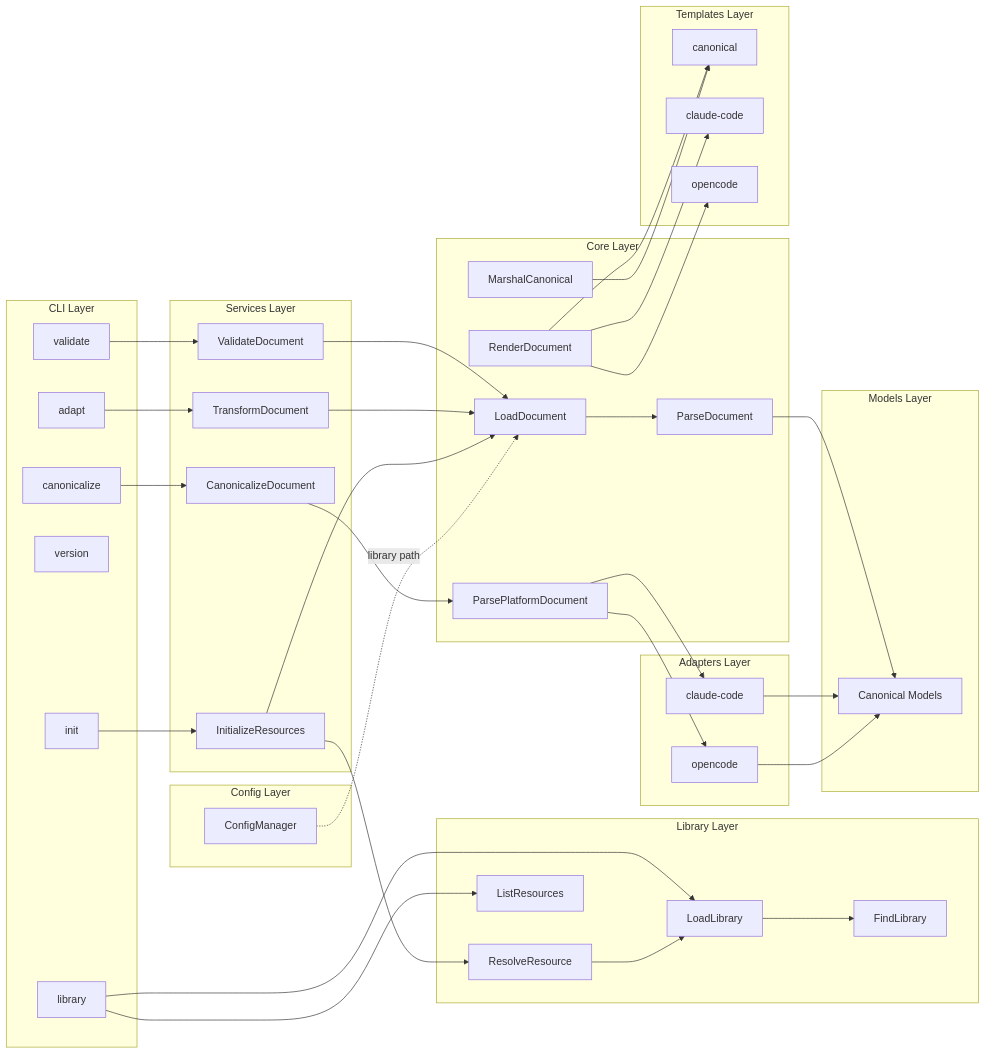
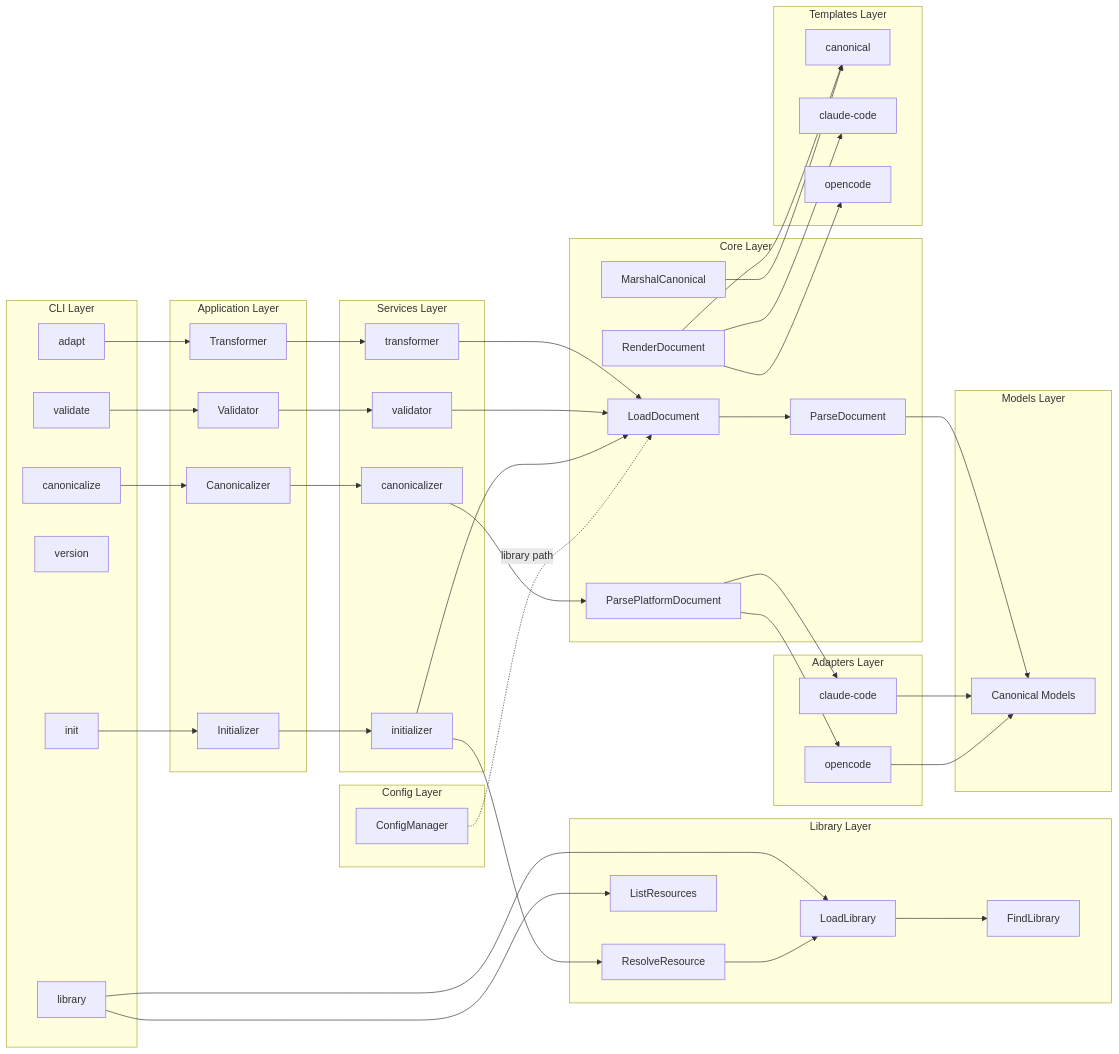
Before and after one commit to amauryconstant/germinator: the first of 2 diagrams in AGENTS.md, drawn with Mermaid. The commit also changed other lines of this file and 4 other files, not shown here.

First line of the commit message:
Document application layer and service interfaces

```diff
--- a/AGENTS.md
+++ b/AGENTS.md
@@ -15,11 +15,18 @@
         I[init]
     end
 
+    subgraph APP[Application Layer]
+        IT[Transformer]
+        IV[Validator]
+        IC[Canonicalizer]
+        II[Initializer]
+    end
+
     subgraph SVC[Services Layer]
-        SV[ValidateDocument]
-        ST[TransformDocument]
-        SC[CanonicalizeDocument]
-        IN[InitializeResources]
+        ST[transformer]
+        SV[validator]
+        SC[canonicalizer]
+        IN[initializer]
     end
 
     subgraph LIB[Library Layer]
@@ -56,14 +63,18 @@
         TOC[opencode]
     end
 
-    V --> SV
-    A --> ST
-    C --> SC
-    I --> IN
+    V --> IV
+    A --> IT
+    C --> IC
+    I --> II
     L --> LL
     L --> LS
+    IT --> ST
+    IV --> SV
+    IC --> SC
+    II --> IN
+    ST --> LDc
     SV --> LDc
-    ST --> LDc
     SC --> MP
     IN --> LDc
     IN --> LR
```
